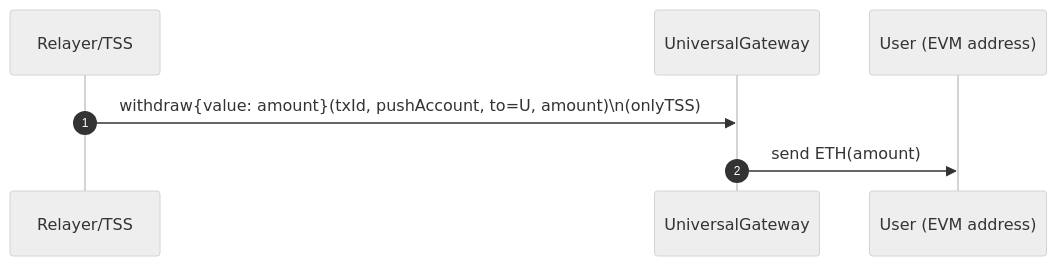
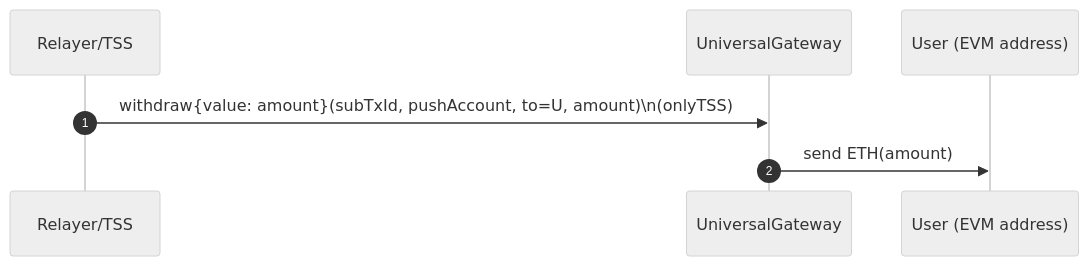
Before and after one commit to pushchain/push-chain-gateway-contracts: the fourth of 6 diagrams in contracts/evm-gateway/docs/4_OutboundTx_Flows.md, drawn with Mermaid (neutral theme). The commit also changed other lines of this file and 20 other files, not shown here.

````diff
--- a/contracts/evm-gateway/docs/4_OutboundTx_Flows.md
+++ b/contracts/evm-gateway/docs/4_OutboundTx_Flows.md
@@ -152,10 +152,10 @@
 ```mermaid
 sequenceDiagram
     autonumber
     participant TSS as Relayer/TSS
     participant G as UniversalGateway
     participant U as User (EVM address)
 
-    TSS->>G: withdraw{value: amount}(txId, pushAccount, to=U, amount)\n(onlyTSS)
+    TSS->>G: withdraw{value: amount}(subTxId, pushAccount, to=U, amount)\n(onlyTSS)
     G->>U: send ETH(amount)
 ```
````
